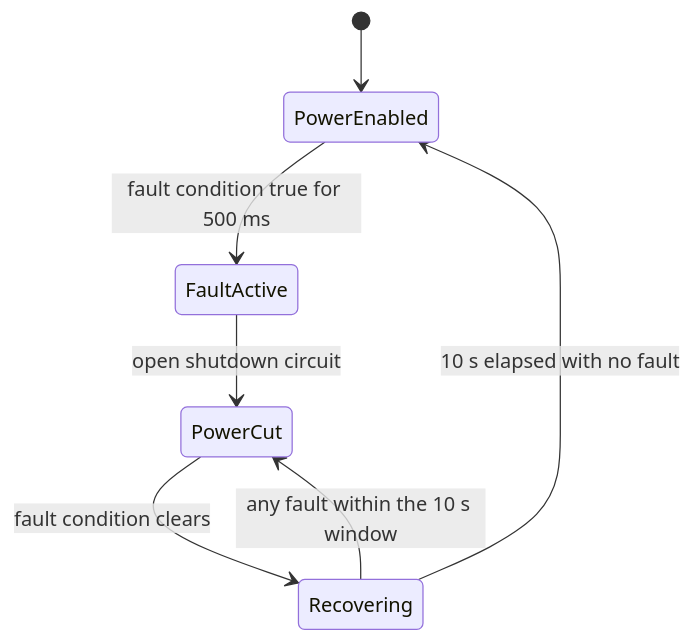
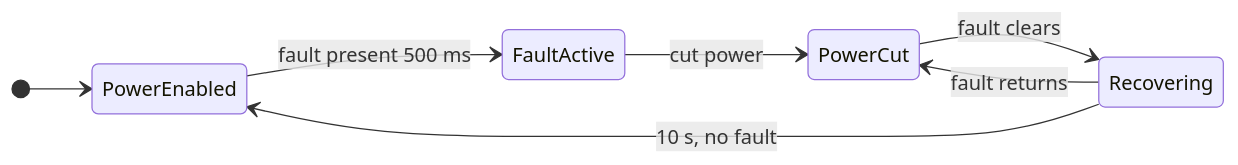
The diagram in README.md (clin1146/BSPD), drawn with Mermaid before and after one commit. The commit also changed other lines of this file, not shown here.

Commit message:
Trim README to overview, fault conditions, and reset behaviour

````diff
--- a/README.md
+++ b/README.md
@@ -30,9 +33,10 @@
 ```mermaid
 stateDiagram-v2
+    direction LR
     [*] --> PowerEnabled
-    PowerEnabled --> FaultActive: fault condition true for 500 ms
-    FaultActive --> PowerCut: open shutdown circuit
-    PowerCut --> Recovering: fault condition clears
-    Recovering --> PowerCut: any fault within the 10 s window
-    Recovering --> PowerEnabled: 10 s elapsed with no fault
+    PowerEnabled --> FaultActive: fault present 500 ms
+    FaultActive --> PowerCut: cut power
+    PowerCut --> Recovering: fault clears
+    Recovering --> PowerEnabled: 10 s, no fault
+    Recovering --> PowerCut: fault returns
 ```
````
